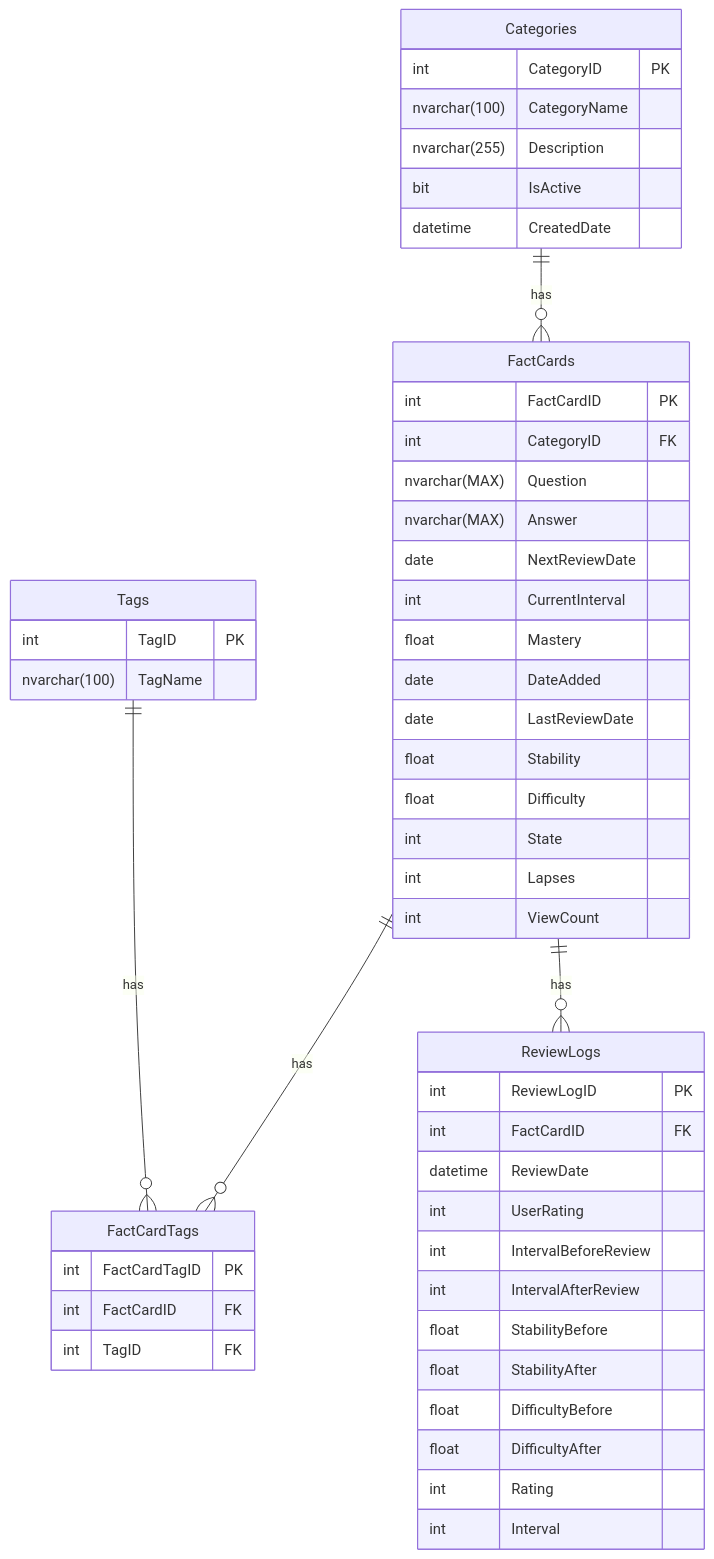
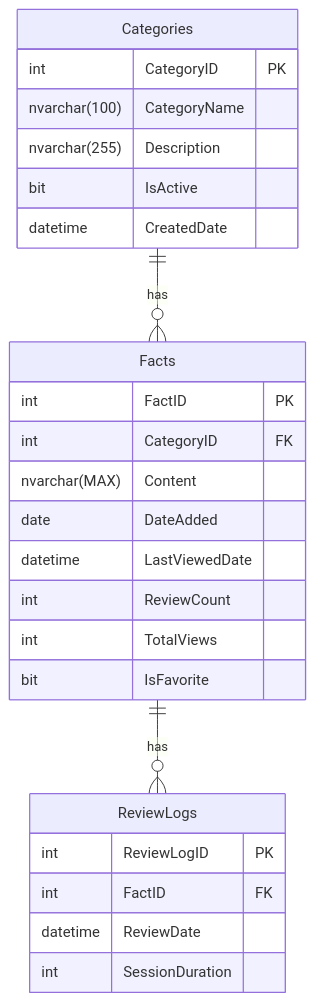
The diagram in database_setup/database_ERD.mmd (LordGauravB/FactDari), drawn with Mermaid before and after one commit. The commit also changed 8 other files, not shown here.

```diff
--- a/database_setup/database_ERD.mmd
+++ b/database_setup/database_ERD.mmd
@@ -1,56 +1,29 @@
 erDiagram
     Categories {
         int CategoryID PK
         nvarchar(100) CategoryName
         nvarchar(255) Description
         bit IsActive
         datetime CreatedDate
     }
-    
-    Tags {
-        int TagID PK
-        nvarchar(100) TagName
+
+    Facts {
+        int FactID PK
+        int CategoryID FK
+        nvarchar(MAX) Content
+        date DateAdded
+        datetime LastViewedDate
+        int ReviewCount
+        int TotalViews
+        bit IsFavorite
     }
-    
-    FactCards {
-        int FactCardID PK
-        int CategoryID FK
-        nvarchar(MAX) Question
-        nvarchar(MAX) Answer
-        date NextReviewDate
-        int CurrentInterval
-        float Mastery
-        date DateAdded
-        date LastReviewDate
-        float Stability
-        float Difficulty
-        int State
-        int Lapses
-        int ViewCount
-    }
-    
-    FactCardTags {
-        int FactCardTagID PK
-        int FactCardID FK
-        int TagID FK
-    }
-    
+
     ReviewLogs {
         int ReviewLogID PK
-        int FactCardID FK
+        int FactID FK
         datetime ReviewDate
-        int UserRating
-        int IntervalBeforeReview
-        int IntervalAfterReview
-        float StabilityBefore
-        float StabilityAfter
-        float DifficultyBefore
-        float DifficultyAfter
-        int Rating
-        int Interval
+        int SessionDuration
     }
-    
-    Categories ||--o{ FactCards : "has"
-    FactCards ||--o{ FactCardTags : "has"
-    Tags ||--o{ FactCardTags : "has"
-    FactCards ||--o{ ReviewLogs : "has"
+
+    Categories ||--o{ Facts : "has"
+    Facts ||--o{ ReviewLogs : "has"
```
